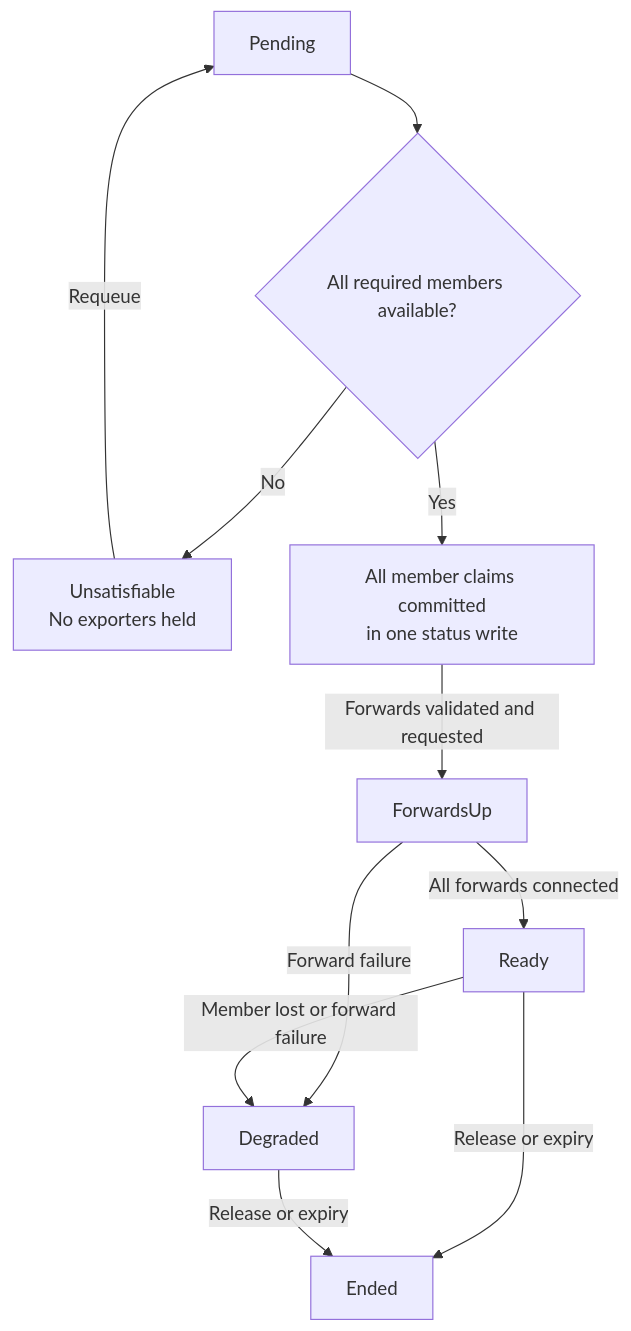
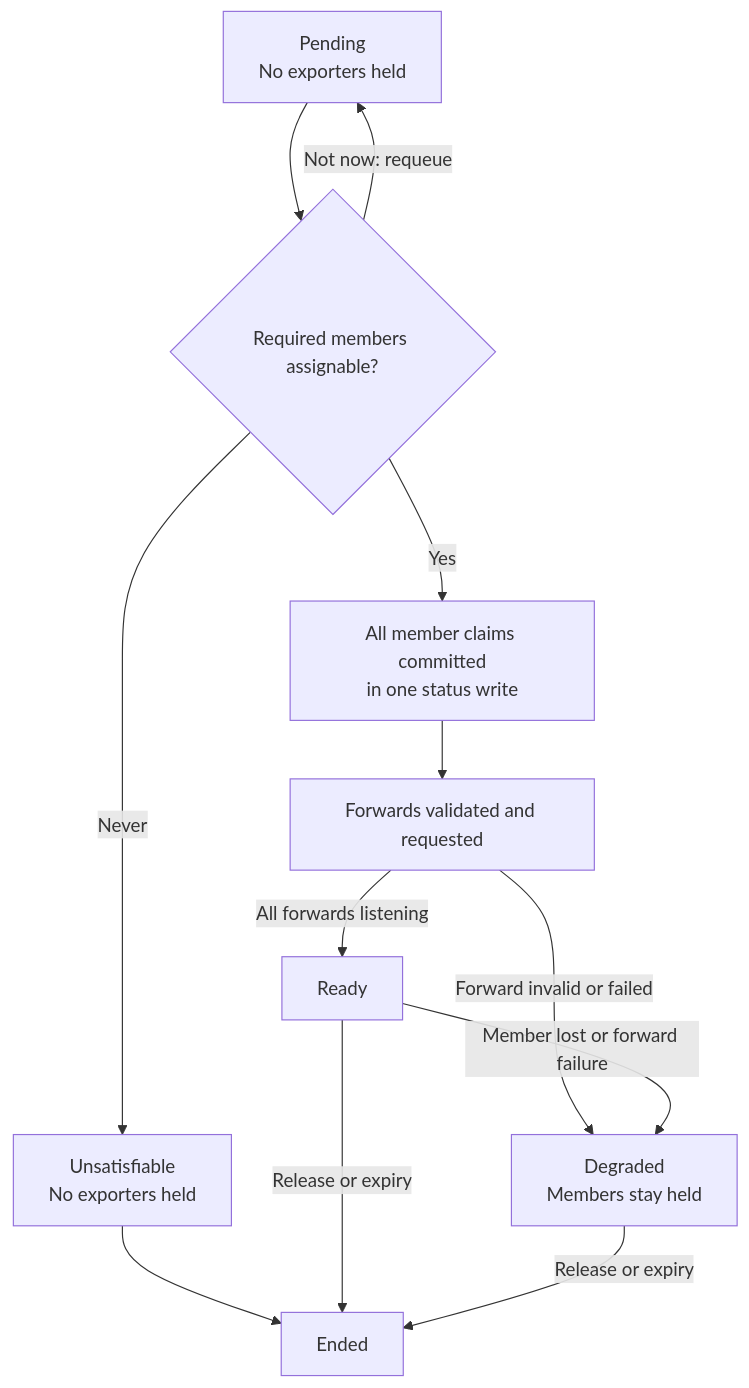
One commit to jumpstarter-dev/jumpstarter changed the third of 3 diagrams in docs/source/contributing/jeps/JEP-0015-multi-exporter-leases-port-forwarding.md. Above: the diagram before and after it, drawn with Mermaid. The commit also changed other lines of this file, not shown here.

````diff
--- a/docs/source/contributing/jeps/JEP-0015-multi-exporter-leases-port-forwarding.md
+++ b/docs/source/contributing/jeps/JEP-0015-multi-exporter-leases-port-forwarding.md
@@ -1597,22 +2636,23 @@
 ```{mermaid}
 flowchart TD
-    pending["Pending"]
-    available{"All required members available?"}
+    pending["Pending<br/>No exporters held"]
+    assignable{"Required members assignable?"}
     unsatisfiable["Unsatisfiable<br/>No exporters held"]
     bound["All member claims committed<br/>in one status write"]
-    forwards["ForwardsUp"]
+    forwards["Forwards validated and requested"]
     ready["Ready"]
-    degraded["Degraded"]
+    degraded["Degraded<br/>Members stay held"]
     ended["Ended"]
 
-    pending --> available
-    available -->|No| unsatisfiable
-    unsatisfiable -->|Requeue| pending
-    available -->|Yes| bound
-    bound -->|"Forwards validated and requested"| forwards
-    forwards -->|"All forwards connected"| ready
-    forwards -->|"Forward failure"| degraded
+    pending --> assignable
+    assignable -->|"Not now: requeue"| pending
+    assignable -->|"Never"| unsatisfiable
+    unsatisfiable --> ended
+    assignable -->|Yes| bound
+    bound --> forwards
+    forwards -->|"All forwards listening"| ready
+    forwards -->|"Forward invalid or failed"| degraded
     ready -->|"Member lost or forward failure"| degraded
     ready -->|"Release or expiry"| ended
     degraded -->|"Release or expiry"| ended
 ```
````
